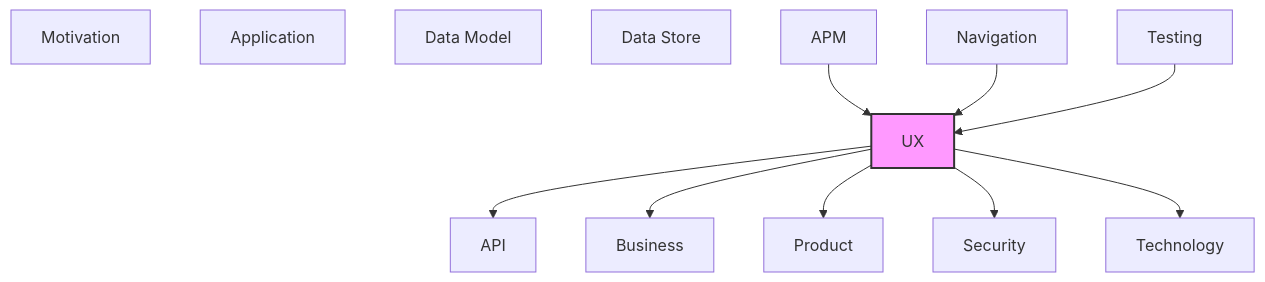
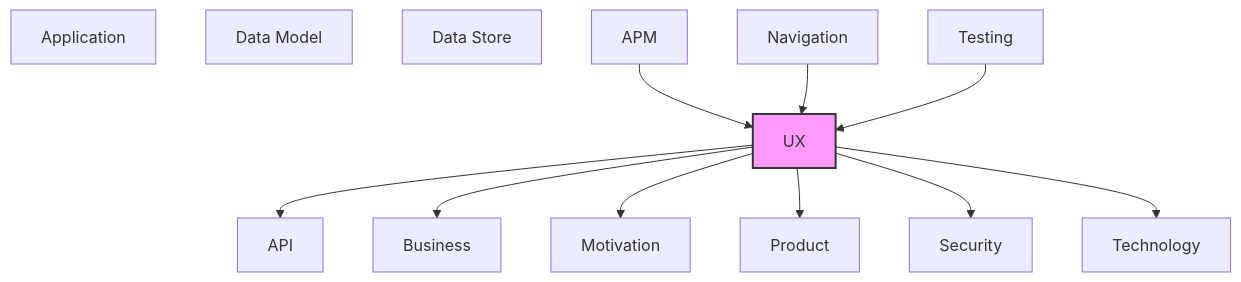
The diagram in documentation-robotics/reports/10-ux-layer-report.md (tinkermonkey/context-studio), drawn with Mermaid before and after one commit. The commit also changed other lines of this file and 38 other files, not shown here.

````diff
--- a/documentation-robotics/reports/10-ux-layer-report.md
+++ b/documentation-robotics/reports/10-ux-layer-report.md
@@ -273,26 +288,27 @@
 ```mermaid
 flowchart TB
   classDef current fill:#f9f,stroke:#333,stroke-width:2px
   motivation["Motivation"]
   business["Business"]
   product["Product"]
   security["Security"]
   application["Application"]
   technology["Technology"]
   api["API"]
   data_model["Data Model"]
   data_store["Data Store"]
   ux["UX"]
   navigation["Navigation"]
   apm["APM"]
   testing["Testing"]
   apm --> ux
   navigation --> ux
   testing --> ux
   ux --> api
   ux --> business
+  ux --> motivation
   ux --> product
   ux --> security
   ux --> technology
   class ux current
 ```
````
